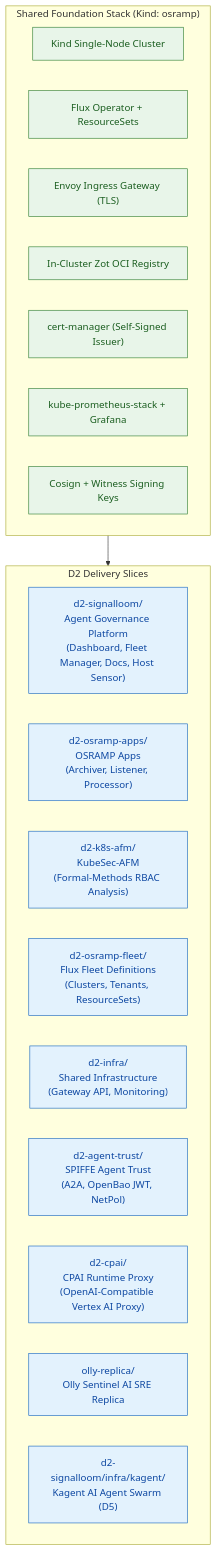
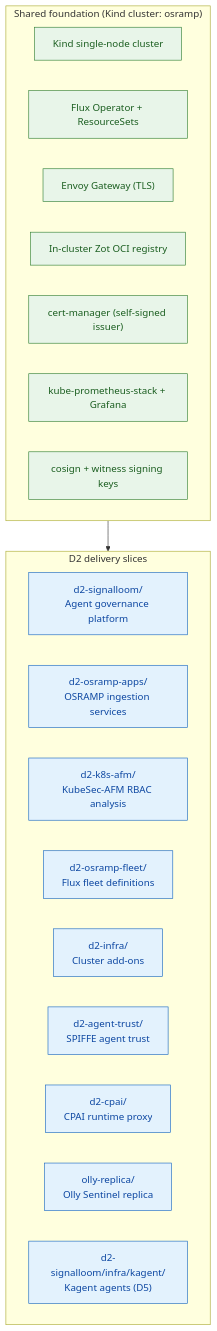
One commit to sublimino/architecture-as-code changed the diagram in AGENTS.md. Above: the diagram before and after it, drawn with Mermaid. The commit also changed other lines of this file and 3 other files, not shown here.

````diff
--- a/AGENTS.md
+++ b/AGENTS.md
@@ -17,31 +21,31 @@
 ```mermaid
 flowchart TB
-  subgraph FOUNDATION["Shared Foundation Stack (Kind: osramp)"]
-    KIND["Kind Single-Node Cluster"]
+  subgraph FOUNDATION["Shared foundation (Kind cluster: osramp)"]
+    KIND["Kind single-node cluster"]
     FLUX["Flux Operator + ResourceSets"]
-    INGRESS["Envoy Ingress Gateway (TLS)"]
-    ZOT["In-Cluster Zot OCI Registry"]
-    CERT["cert-manager (Self-Signed Issuer)"]
+    INGRESS["Envoy Gateway (TLS)"]
+    ZOT["In-cluster Zot OCI registry"]
+    CERT["cert-manager (self-signed issuer)"]
     MON["kube-prometheus-stack + Grafana"]
-    SIGN["Cosign + Witness Signing Keys"]
+    SIGN["cosign + witness signing keys"]
   end
 
-  subgraph SLICES["D2 Delivery Slices"]
-    SL["d2-signalloom/<br/>Agent Governance Platform<br/>(Dashboard, Fleet Manager, Docs, Host Sensor)"]
-    OA["d2-osramp-apps/<br/>OSRAMP Apps<br/>(Archiver, Listener, Processor)"]
-    AFM["d2-k8s-afm/<br/>KubeSec-AFM<br/>(Formal-Methods RBAC Analysis)"]
-    FLT["d2-osramp-fleet/<br/>Flux Fleet Definitions<br/>(Clusters, Tenants, ResourceSets)"]
-    INF["d2-infra/<br/>Shared Infrastructure<br/>(Gateway API, Monitoring)"]
-    AGT["d2-agent-trust/<br/>SPIFFE Agent Trust<br/>(A2A, OpenBao JWT, NetPol)"]
-    CPAI["d2-cpai/<br/>CPAI Runtime Proxy<br/>(OpenAI-Compatible Vertex AI Proxy)"]
-    OLLY["olly-replica/<br/>Olly Sentinel AI SRE Replica"]
-    KAG["d2-signalloom/infra/kagent/<br/>Kagent AI Agent Swarm (D5)"]
+  subgraph SLICES["D2 delivery slices"]
+    SL["d2-signalloom/<br/>Agent governance platform"]
+    OA["d2-osramp-apps/<br/>OSRAMP ingestion services"]
+    AFM["d2-k8s-afm/<br/>KubeSec-AFM RBAC analysis"]
+    FLT["d2-osramp-fleet/<br/>Flux fleet definitions"]
+    INF["d2-infra/<br/>Cluster add-ons"]
+    AGT["d2-agent-trust/<br/>SPIFFE agent trust"]
+    CPAI["d2-cpai/<br/>CPAI runtime proxy"]
+    OLLY["olly-replica/<br/>Olly Sentinel replica"]
+    KAG["d2-signalloom/infra/kagent/<br/>Kagent agents (D5)"]
   end
 
   FOUNDATION --> SLICES
 
   classDef found fill:#e8f5e9,stroke:#2e7d32,color:#1b5e20;
   classDef slice fill:#e3f2fd,stroke:#1565c0,color:#0d47a1;
   class KIND,FLUX,INGRESS,ZOT,CERT,MON,SIGN found;
   class SL,OA,AFM,FLT,INF,AGT,CPAI,OLLY,KAG slice;
 ```
````
